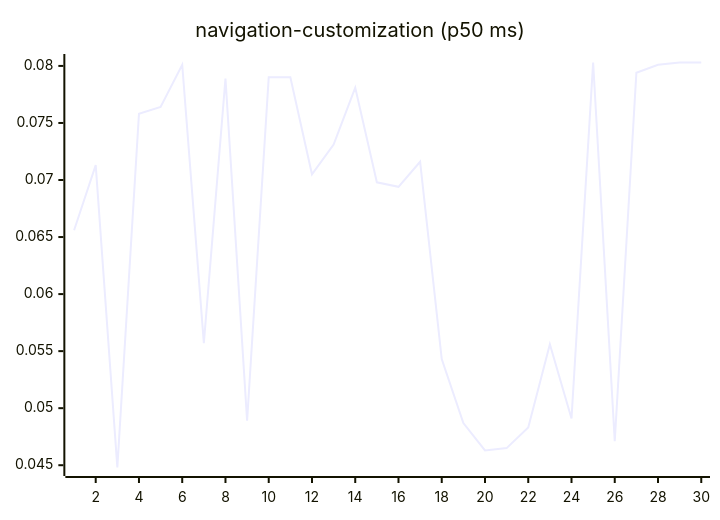
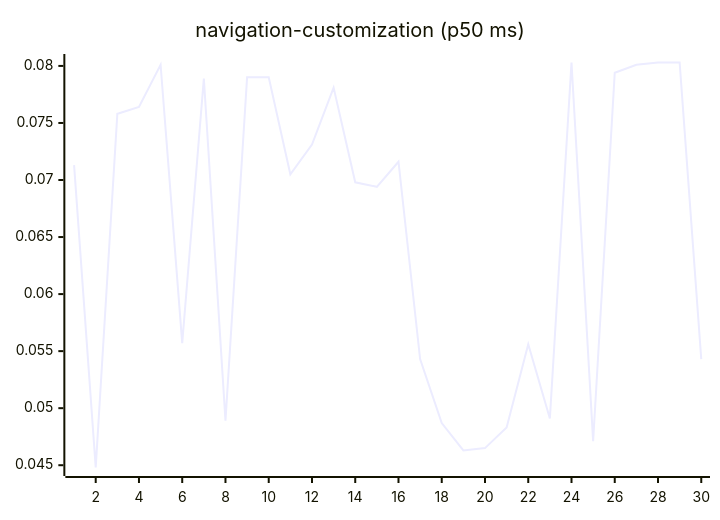
Diagram 15 of 27 in README.md (josha/Facet), drawn with Mermaid before and after one commit. The commit also changed other lines of this file and 2 other files, not shown here.

````diff
--- a/README.md
+++ b/README.md
@@ -161,6 +161,6 @@
 ```mermaid
 xychart-beta
     title "navigation-customization (p50 ms)"
     x-axis 1 --> 30
-    line [0.0656, 0.0713, 0.0448, 0.0758, 0.0764, 0.0801, 0.0557, 0.0789, 0.0489, 0.0790, 0.0790, 0.0705, 0.0731, 0.0781, 0.0698, 0.0694, 0.0716, 0.0543, 0.0487, 0.0463, 0.0465, 0.0483, 0.0556, 0.0491, 0.0803, 0.0471, 0.0794, 0.0801, 0.0803, 0.0803]
+    line [0.0713, 0.0448, 0.0758, 0.0764, 0.0801, 0.0557, 0.0789, 0.0489, 0.0790, 0.0790, 0.0705, 0.0731, 0.0781, 0.0698, 0.0694, 0.0716, 0.0543, 0.0487, 0.0463, 0.0465, 0.0483, 0.0556, 0.0491, 0.0803, 0.0471, 0.0794, 0.0801, 0.0803, 0.0803, 0.0543]
 ```
````
